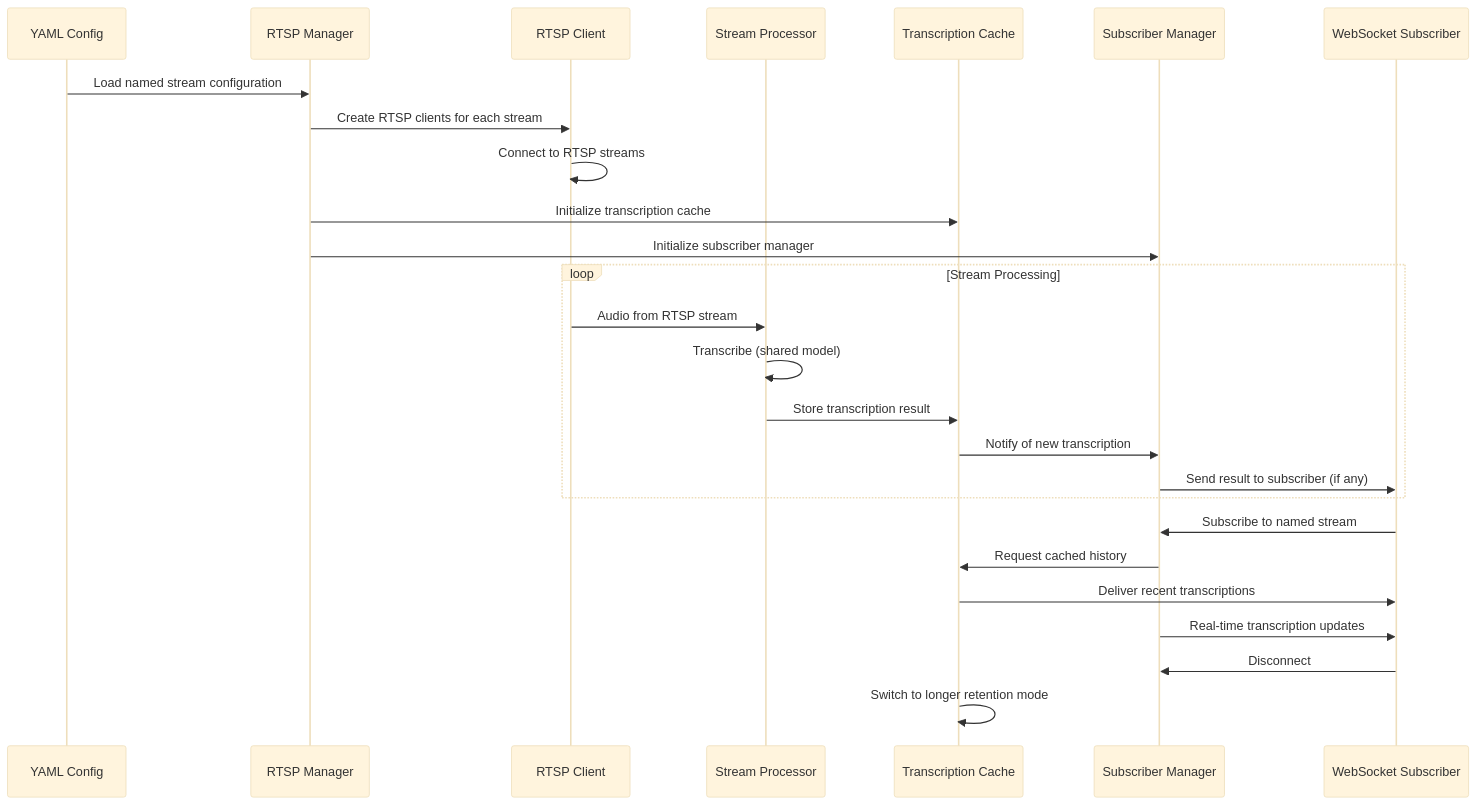
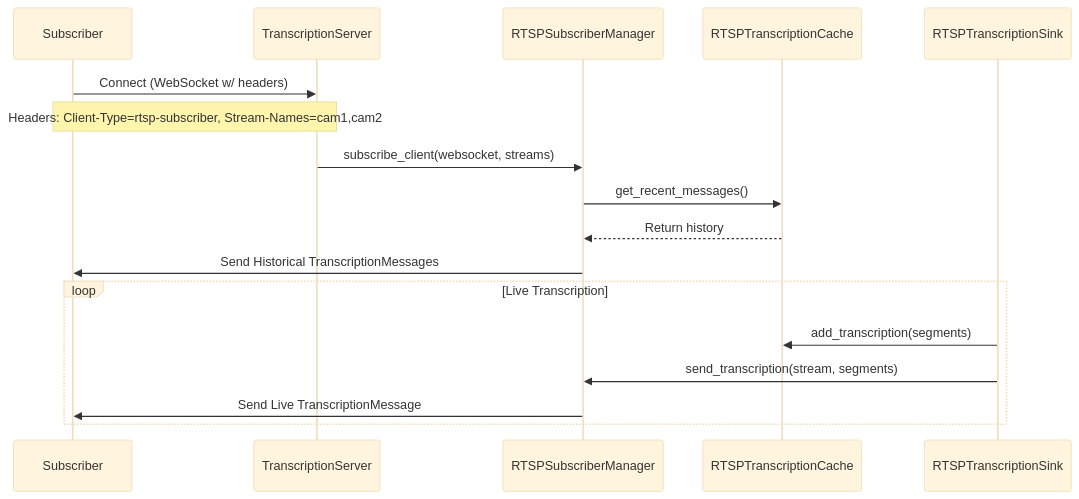
Before and after one commit to shyndman/lmnop-eavesdrop: the fifth of 6 diagrams in ARCHITECTURE.md, drawn with Mermaid (base theme). The commit also changed other lines of this file, not shown here.

Commit message:
Update architecture doc so hopefully I can perform some analysis

````diff
--- a/ARCHITECTURE.md
+++ b/ARCHITECTURE.md
@@ -414,32 +183,21 @@
 ```mermaid
 sequenceDiagram
-    participant Config as YAML Config
-    participant Manager as RTSP Manager
-    participant Client as RTSP Client
-    participant Processor as Stream Processor
-    participant Cache as Transcription Cache
-    participant SubMgr as Subscriber Manager
-    participant WSClient as WebSocket Subscriber
+    participant Subscriber
+    participant TranscriptionServer
+    participant RTSPSubscriberManager
+    participant RTSPTranscriptionCache
+    participant RTSPTranscriptionSink
 
-    Config->>Manager: Load named stream configuration
-    Manager->>Client: Create RTSP clients for each stream
-    Client->>Client: Connect to RTSP streams
-    Manager->>Cache: Initialize transcription cache
-    Manager->>SubMgr: Initialize subscriber manager
+    Subscriber->>TranscriptionServer: Connect (WebSocket w/ headers)
+    Note over Subscriber, TranscriptionServer: Headers: Client-Type=rtsp-subscriber, Stream-Names=cam1,cam2
+    TranscriptionServer->>RTSPSubscriberManager: subscribe_client(websocket, streams)
+    RTSPSubscriberManager->>RTSPTranscriptionCache: get_recent_messages()
+    RTSPTranscriptionCache-->>RTSPSubscriberManager: Return history
+    RTSPSubscriberManager->>Subscriber: Send Historical TranscriptionMessages
 
-    loop Stream Processing
-        Client->>Processor: Audio from RTSP stream
-        Processor->>Processor: Transcribe (shared model)
-        Processor->>Cache: Store transcription result
-        Cache->>SubMgr: Notify of new transcription
-        SubMgr->>WSClient: Send result to subscriber (if any)
+    loop Live Transcription
+        RTSPTranscriptionSink->>RTSPTranscriptionCache: add_transcription(segments)
+        RTSPTranscriptionSink->>RTSPSubscriberManager: send_transcription(stream, segments)
+        RTSPSubscriberManager->>Subscriber: Send Live TranscriptionMessage
     end
-
-    WSClient->>SubMgr: Subscribe to named stream
-    SubMgr->>Cache: Request cached history
-    Cache->>WSClient: Deliver recent transcriptions
-    SubMgr->>WSClient: Real-time transcription updates
-
-    WSClient->>SubMgr: Disconnect
-    Cache->>Cache: Switch to longer retention mode
 ```
````
